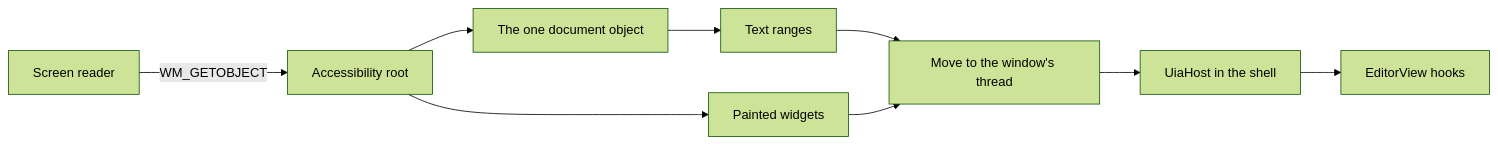
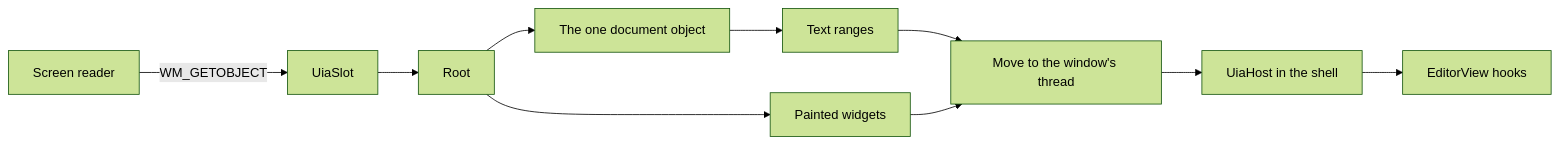
Before and after one commit to wizdes/QuickEdit-Windows: the diagram in crates/qe-a11y/README.md, drawn with Mermaid (forest theme). The commit also changed other lines of this file and 22 other files, not shown here.

````diff
--- a/crates/qe-a11y/README.md
+++ b/crates/qe-a11y/README.md
@@ -5,11 +5,12 @@
 ```mermaid
 flowchart LR
-    Client[Screen reader] -->|WM_GETOBJECT| Root[Accessibility root]
+    Client[Screen reader] -->|WM_GETOBJECT| Slot[UiaSlot]
+    Slot --> Root[Root]
     Root --> Widgets[Painted widgets]
     Root --> Document[The one document object]
     Document --> Ranges[Text ranges]
     Ranges --> Marshal[Move to the window's thread]
     Widgets --> Marshal
     Marshal --> Host[UiaHost in the shell]
     Host --> Editor[EditorView hooks]
 ```
````
